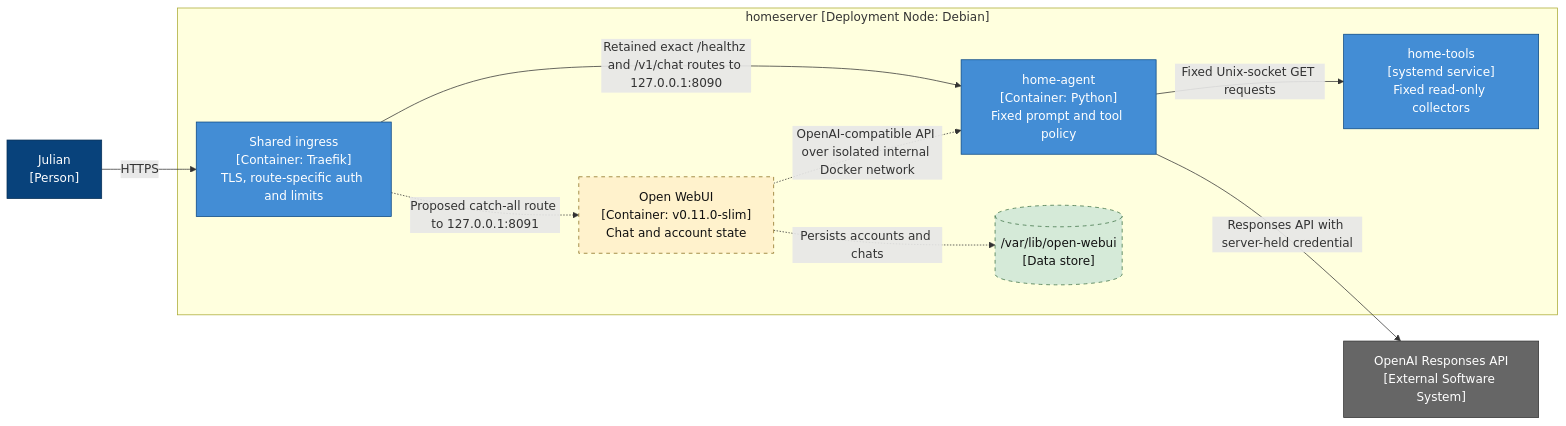
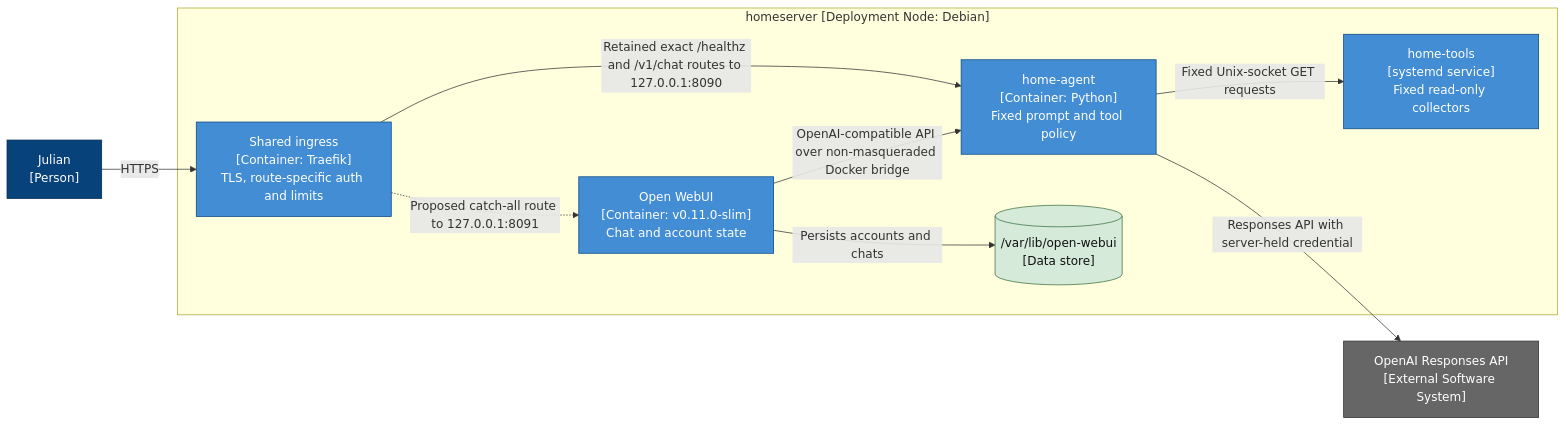
One commit to KandlerLi/home-infra-docs changed the diagram in docs/architecture/proposed/open-webui.md. Above: the diagram before and after it, drawn with Mermaid. The commit also changed other lines of this file and 12 other files, not shown here.

````diff
--- a/docs/architecture/proposed/open-webui.md
+++ b/docs/architecture/proposed/open-webui.md
@@ -7,32 +7,31 @@
 ```mermaid
 flowchart LR
     person["Julian<br/>[Person]"]
     openai["OpenAI Responses API<br/>[External Software System]"]
 
     subgraph host["homeserver [Deployment Node: Debian]"]
         ingress["Shared ingress<br/>[Container: Traefik]<br/>TLS, route-specific auth and limits"]
         webui["Open WebUI<br/>[Container: v0.11.0-slim]<br/>Chat and account state"]
         agent["home-agent<br/>[Container: Python]<br/>Fixed prompt and tool policy"]
         tools["home-tools<br/>[systemd service]<br/>Fixed read-only collectors"]
         webui_data[("/var/lib/open-webui<br/>[Data store]")]
     end
 
     person -->|"HTTPS"| ingress
     ingress -.->|"Proposed catch-all route to 127.0.0.1:8091"| webui
     ingress -->|"Retained exact /healthz and /v1/chat routes to 127.0.0.1:8090"| agent
-    webui -.->|"OpenAI-compatible API over isolated internal Docker network"| agent
-    webui -.->|"Persists accounts and chats"| webui_data
+    webui -->|"OpenAI-compatible API over non-masqueraded Docker bridge"| agent
+    webui -->|"Persists accounts and chats"| webui_data
     agent -->|"Responses API with server-held credential"| openai
     agent -->|"Fixed Unix-socket GET requests"| tools
 
     classDef person fill:#08427b,color:#fff,stroke:#052e56
     classDef external fill:#666,color:#fff,stroke:#333
     classDef current fill:#438dd5,color:#fff,stroke:#0b4884
     classDef proposed fill:#fff2cc,color:#111,stroke:#8a6d1d,stroke-dasharray: 5 5
-    classDef datastore fill:#d5ead8,color:#111,stroke:#3b7044,stroke-dasharray: 5 5
+    classDef datastore fill:#d5ead8,color:#111,stroke:#3b7044
     class person person
     class openai external
-    class ingress,agent,tools current
-    class webui proposed
+    class ingress,agent,webui,tools current
     class webui_data datastore
 ```
````
